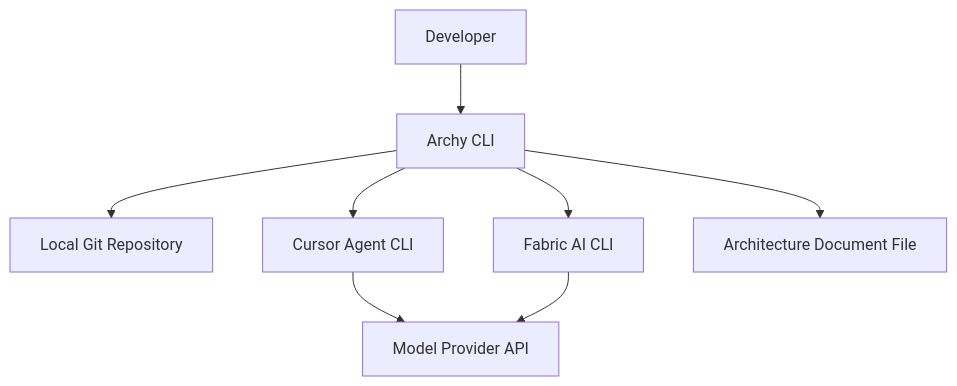
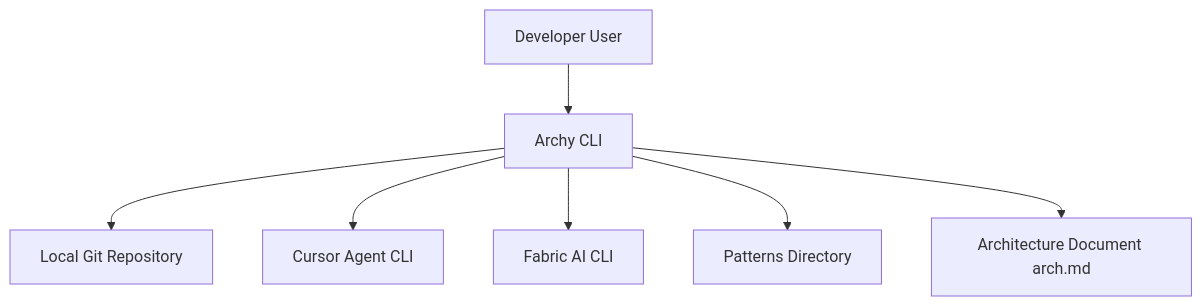
One commit to obzenner/archy changed the first of 3 diagrams in ARCHY.md. Above: the diagram before and after it, drawn with Mermaid. The commit also changed other lines of this file and 3 other files, not shown here.

````diff
--- a/ARCHY.md
+++ b/ARCHY.md
@@ -48,18 +55,17 @@
 ```mermaid
 flowchart TB
-    Developer[Developer]
+    DeveloperUser[Developer User]
     ArchyCLI[Archy CLI]
     LocalGitRepository[Local Git Repository]
     CursorAgentCLI[Cursor Agent CLI]
-    FabricCLI[Fabric AI CLI]
-    ModelProviderAPI[Model Provider API]
-    ArchitectureDoc[Architecture Document File]
+    FabricAI[Fabric AI CLI]
+    PatternsDirectory[Patterns Directory]
+    ArchitectureFile[Architecture Document arch.md]
 
-    Developer --> ArchyCLI
+    DeveloperUser --> ArchyCLI
     ArchyCLI --> LocalGitRepository
     ArchyCLI --> CursorAgentCLI
-    ArchyCLI --> FabricCLI
-    CursorAgentCLI --> ModelProviderAPI
-    FabricCLI --> ModelProviderAPI
-    ArchyCLI --> ArchitectureDoc
+    ArchyCLI --> FabricAI
+    ArchyCLI --> PatternsDirectory
+    ArchyCLI --> ArchitectureFile
 ```
````
